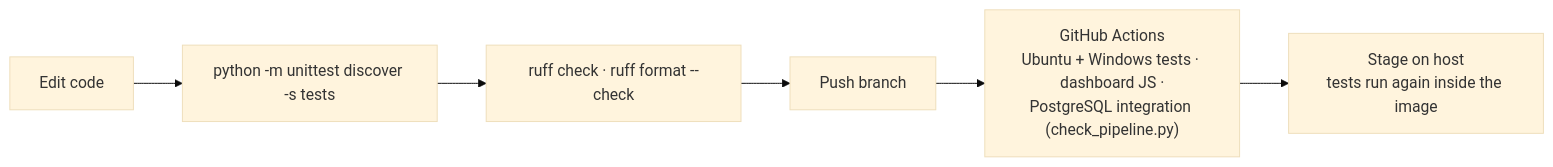
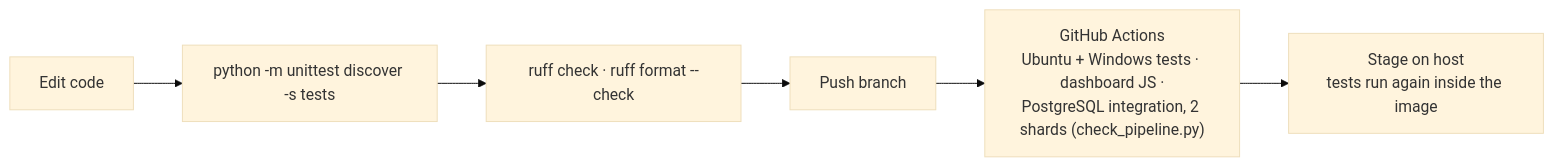
One commit to Naman4561/us-election-results-pipeline changed the fifth of 5 diagrams in docs/architecture/operations.md. Above: the diagram before and after it, drawn with Mermaid (base theme). The commit also changed 19 other files, not shown here.

First line of the commit message:
ci: run only the database tests against PostgreSQL, in two shards

````diff
--- a/docs/architecture/operations.md
+++ b/docs/architecture/operations.md
@@ -86,8 +86,8 @@
 ```mermaid
 flowchart LR
     code["Edit code"] --> unit["python -m unittest discover -s tests"]
     unit --> lint["ruff check · ruff format --check"]
     lint --> push["Push branch"]
-    push --> ci["GitHub Actions<br/>Ubuntu + Windows tests · dashboard JS ·<br/>PostgreSQL integration (check_pipeline.py)"]
+    push --> ci["GitHub Actions<br/>Ubuntu + Windows tests · dashboard JS ·<br/>PostgreSQL integration, 2 shards (check_pipeline.py)"]
     ci --> stage["Stage on host<br/>tests run again inside the image"]
 ```
````
